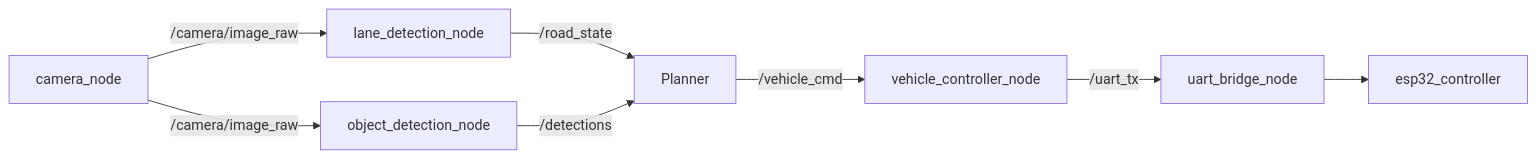
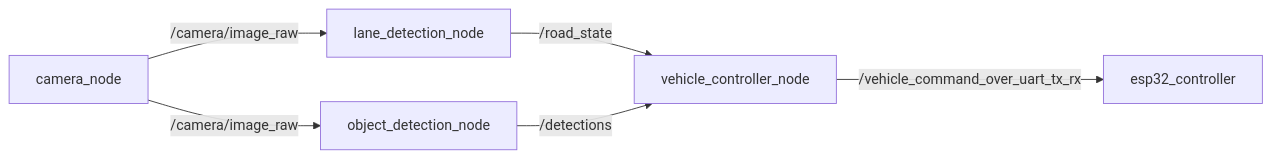
Before and after one commit to proknowdiy/RDK-X5-Autonomous-Vehicle: the third of 5 diagrams in docs/PROPOSAL.md, drawn with Mermaid. The commit also changed other lines of this file, not shown here.

Commit message:
Refactor node connections and compute allocation
Updated the data flow between nodes and adjusted compute allocation for Road Tracking.

````diff
--- a/docs/PROPOSAL.md
+++ b/docs/PROPOSAL.md
@@ -147,29 +147,24 @@
 ```mermaid
 flowchart LR
 
 Camera["camera_node"]
 
 Road["lane_detection_node"]
 
 Object["object_detection_node"]
 
 Controller["vehicle_controller_node"]
 
-UART["uart_bridge_node"]
-
 ESP32["esp32_controller"]
 
 Camera -->|/camera/image_raw| Road
 
 Camera -->|/camera/image_raw| Object
 
-Road -->|/road_state| Planner
+Road -->|/road_state| Controller
 
-Object -->|/detections| Planner
+Object -->|/detections| Controller
 
-Planner -->|/vehicle_cmd| Controller
+Controller -->|/vehicle_command_over_uart_tx_rx| ESP32
 
-Controller -->|/uart_tx| UART
-
-UART --> ESP32
 ```
````
